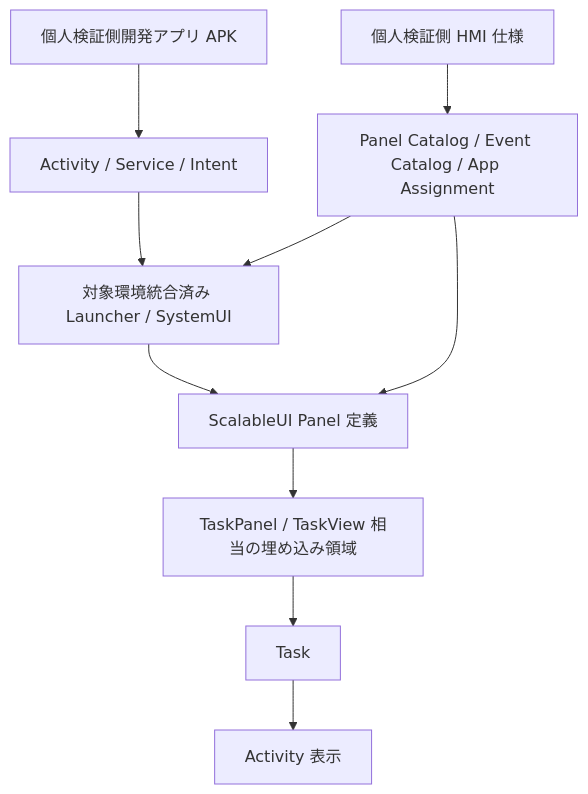
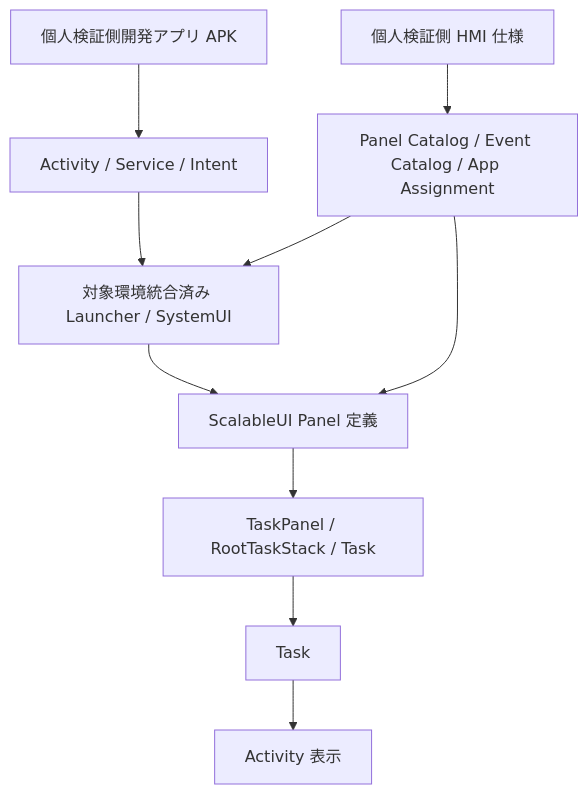
Before and after one commit to Nyma-fuk/scalableui-poc: the first of 9 diagrams in docs/aaos_app_layer_scalableui_scope_ja.md, drawn with Mermaid. The commit also changed other lines of this file and 16 other files, not shown here.

````diff
--- a/docs/aaos_app_layer_scalableui_scope_ja.md
+++ b/docs/aaos_app_layer_scalableui_scope_ja.md
@@ -19,13 +19,13 @@
 ```mermaid
 flowchart TD
     A[個人検証側開発アプリ APK] --> B[Activity / Service / Intent]
     B --> C[対象環境統合済み Launcher / SystemUI]
     C --> D[ScalableUI Panel 定義]
-    D --> E[TaskPanel / TaskView 相当の埋め込み領域]
+    D --> E[TaskPanel / RootTaskStack / Task]
     E --> F[Task]
     F --> G[Activity 表示]
 
     H[個人検証側 HMI 仕様] --> I[Panel Catalog / Event Catalog / App Assignment]
     I --> C
     I --> D
 ```
````
